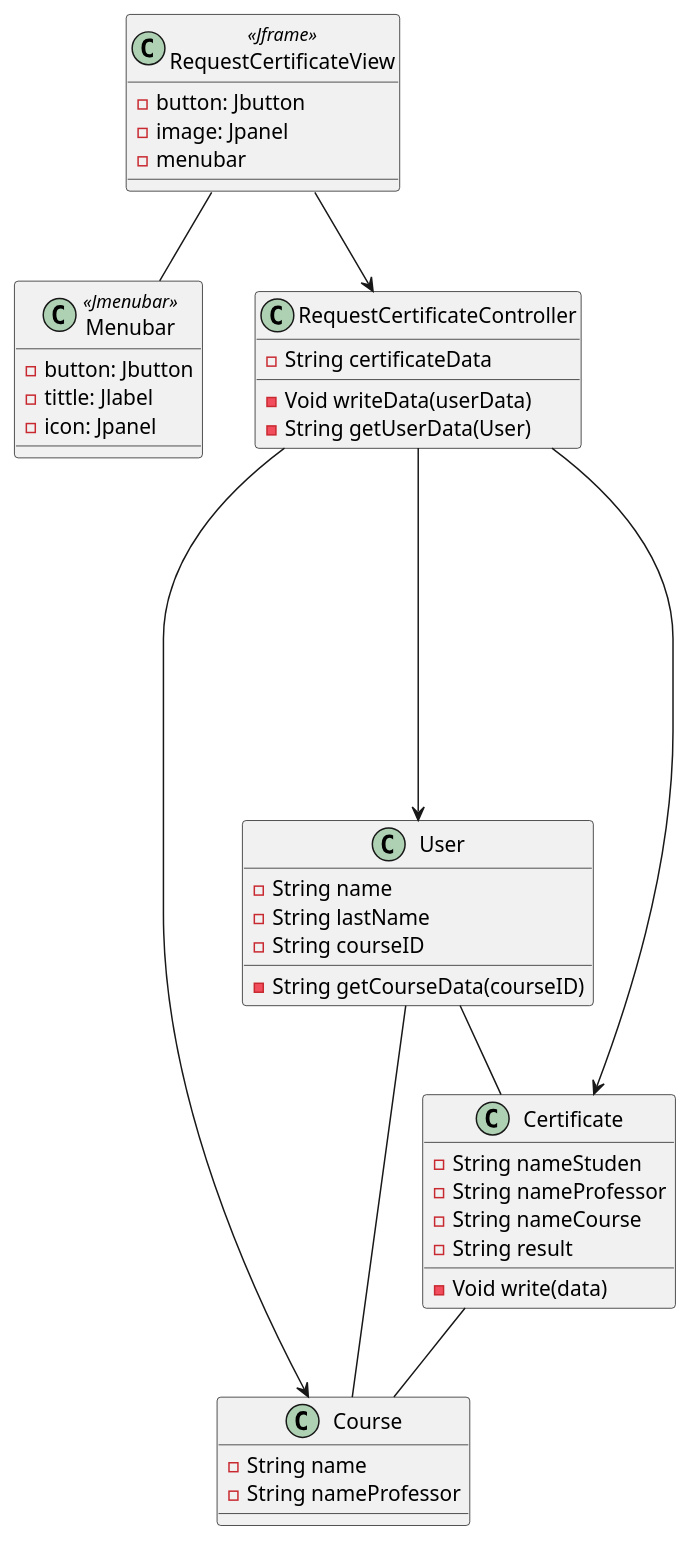
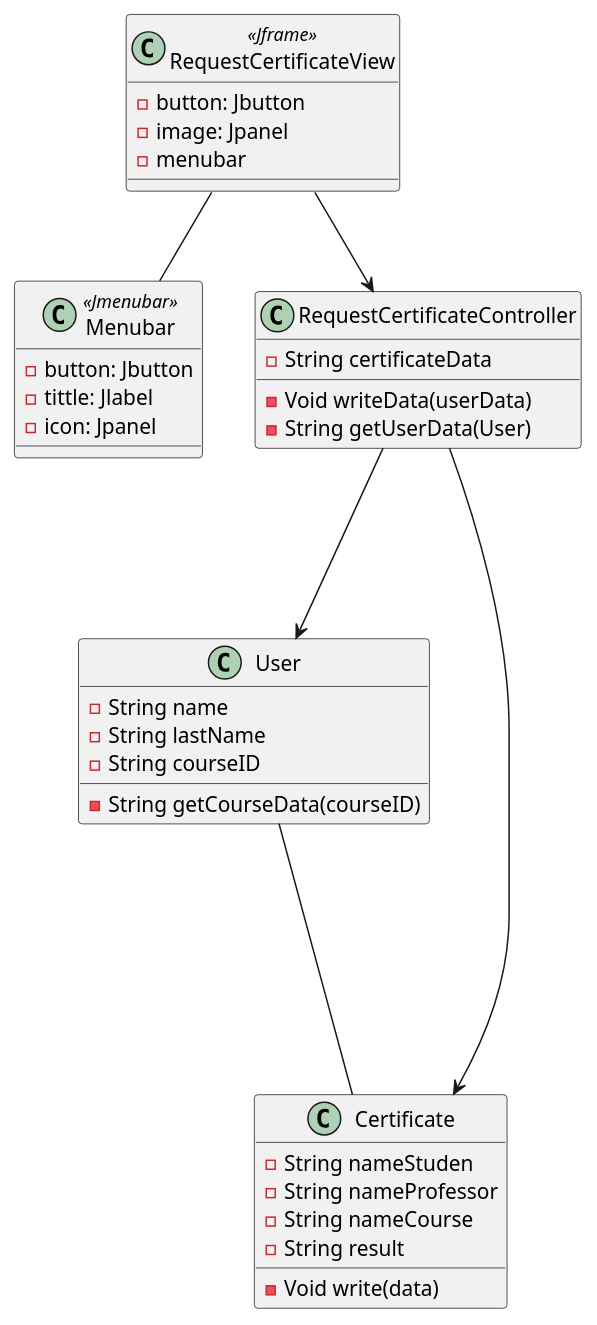
One commit to Carverz/IS-022023_Proyecto-Grupo-4 changed the diagram in docs/logicalView/designView/DiagramaClasesDiseno.plantuml. Above: the diagram before and after it, drawn with PlantUML. The commit also changed 11 other files, not shown here.

Commit message:
Modificacion en diagramas

```diff
--- a/docs/logicalView/designView/DiagramaClasesDiseno.plantuml
+++ b/docs/logicalView/designView/DiagramaClasesDiseno.plantuml
@@ -1,52 +1,44 @@
 @startuml  DiagramaClasesDisenio
 
 class RequestCertificateView<<Jframe>>{ 
     -button: Jbutton 
     -image: Jpanel
     -menubar
 }  
 
 
 class Menubar<<Jmenubar>>{
 -button: Jbutton
 -tittle: Jlabel
 -icon: Jpanel
 }
 
 
 class RequestCertificateController{  
     -String certificateData 
     -Void writeData(userData) 
     -String getUserData(User) 
 }
 
 class User{ 
     -String name 
     -String lastName
     -String courseID 
     -String getCourseData(courseID) 
 }  
 
-class Course{ 
-    -String name 
-    -String nameProfessor 
-}  
-
 class Certificate{ 
     -String nameStuden 
     -String nameProfessor 
     -String nameCourse 
     -String result  
     -Void write(data) 
 }   
 
 RequestCertificateView-->RequestCertificateController 
 RequestCertificateView--Menubar
 RequestCertificateController-->User 
-RequestCertificateController---->Course 
 RequestCertificateController------>Certificate 
-User-- Course 
-Certificate-- Course 
 User-- Certificate  
 
 @enduml
```
